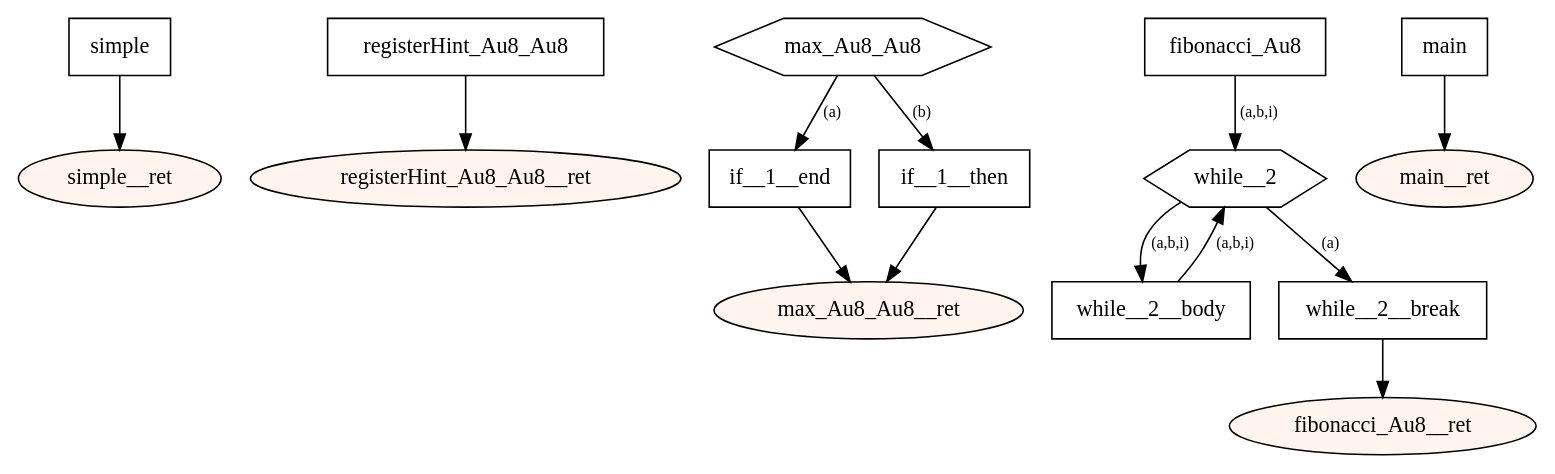
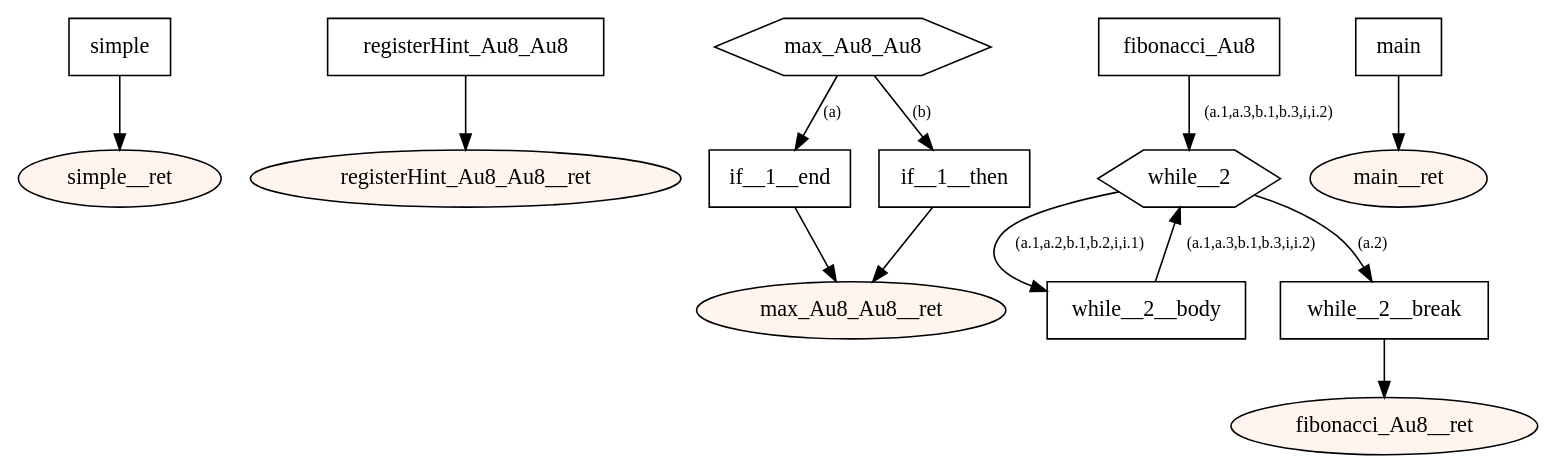
Before and after one commit to tmssngr/tinyC: the diagram in src/main/resources-test/compiler/windows/regalloc.dot, drawn with Graphviz. The commit also changed 90 other files, not shown here.

```diff
--- a/src/main/resources-test/compiler/windows/regalloc.dot
+++ b/src/main/resources-test/compiler/windows/regalloc.dot
@@ -1,40 +1,40 @@
 digraph program {
 	edge[fontsize="10pt"];
 	subgraph fn_simple {
 		BasicBlock_0_simple [label="simple",shape=box];
 		BasicBlock_0_simple -> BasicBlock_0_simple__ret;
 		BasicBlock_0_simple__ret [label="simple__ret",shape=oval,style=filled,fillcolor="#fff5ee"];
 	}
 	subgraph fn_registerHint_Au8_Au8 {
 		BasicBlock_1_registerHint_Au8_Au8 [label="registerHint_Au8_Au8",shape=box];
 		BasicBlock_1_registerHint_Au8_Au8 -> BasicBlock_1_registerHint_Au8_Au8__ret;
 		BasicBlock_1_registerHint_Au8_Au8__ret [label="registerHint_Au8_Au8__ret",shape=oval,style=filled,fillcolor="#fff5ee"];
 	}
 	subgraph fn_max_Au8_Au8 {
 		BasicBlock_2_max_Au8_Au8 [label="max_Au8_Au8",shape=hexagon];
 		BasicBlock_2_max_Au8_Au8 -> BasicBlock_2_if__1__end [label="(a)"];
 		BasicBlock_2_max_Au8_Au8 -> BasicBlock_2_if__1__then [label="(b)"];
 		BasicBlock_2_if__1__end [label="if__1__end",shape=box];
 		BasicBlock_2_if__1__end -> BasicBlock_2_max_Au8_Au8__ret;
 		BasicBlock_2_if__1__then [label="if__1__then",shape=box];
 		BasicBlock_2_if__1__then -> BasicBlock_2_max_Au8_Au8__ret;
 		BasicBlock_2_max_Au8_Au8__ret [label="max_Au8_Au8__ret",shape=oval,style=filled,fillcolor="#fff5ee"];
 	}
 	subgraph fn_fibonacci_Au8 {
 		BasicBlock_3_fibonacci_Au8 [label="fibonacci_Au8",shape=box];
-		BasicBlock_3_fibonacci_Au8 -> BasicBlock_3_while__2 [label="(a,b,i)"];
+		BasicBlock_3_fibonacci_Au8 -> BasicBlock_3_while__2 [label="(a.1,a.3,b.1,b.3,i,i.2)"];
 		BasicBlock_3_while__2__body [label="while__2__body",shape=box];
-		BasicBlock_3_while__2__body -> BasicBlock_3_while__2 [label="(a,b,i)"];
+		BasicBlock_3_while__2__body -> BasicBlock_3_while__2 [label="(a.1,a.3,b.1,b.3,i,i.2)"];
 		BasicBlock_3_while__2 [label="while__2",shape=hexagon];
-		BasicBlock_3_while__2 -> BasicBlock_3_while__2__break [label="(a)"];
-		BasicBlock_3_while__2 -> BasicBlock_3_while__2__body [label="(a,b,i)"];
+		BasicBlock_3_while__2 -> BasicBlock_3_while__2__break [label="(a.2)"];
+		BasicBlock_3_while__2 -> BasicBlock_3_while__2__body [label="(a.1,a.2,b.1,b.2,i,i.1)"];
 		BasicBlock_3_while__2__break [label="while__2__break",shape=box];
 		BasicBlock_3_while__2__break -> BasicBlock_3_fibonacci_Au8__ret;
 		BasicBlock_3_fibonacci_Au8__ret [label="fibonacci_Au8__ret",shape=oval,style=filled,fillcolor="#fff5ee"];
 	}
 	subgraph fn_main {
 		BasicBlock_4_main [label="main",shape=box];
 		BasicBlock_4_main -> BasicBlock_4_main__ret;
 		BasicBlock_4_main__ret [label="main__ret",shape=oval,style=filled,fillcolor="#fff5ee"];
 	}
 }
```
